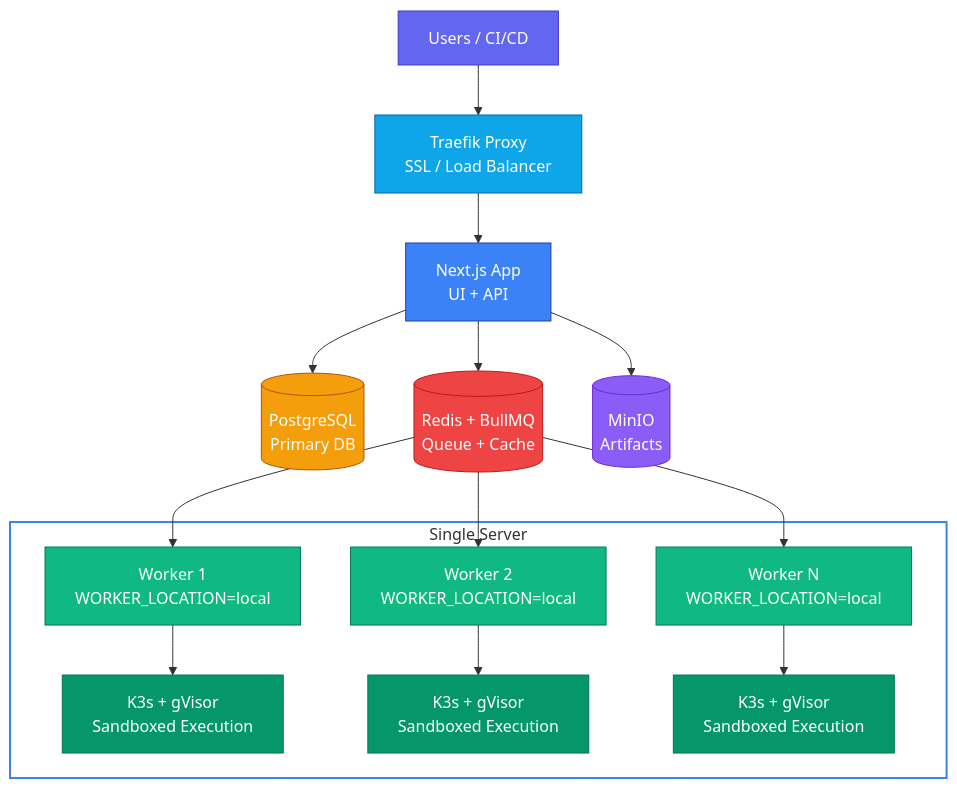
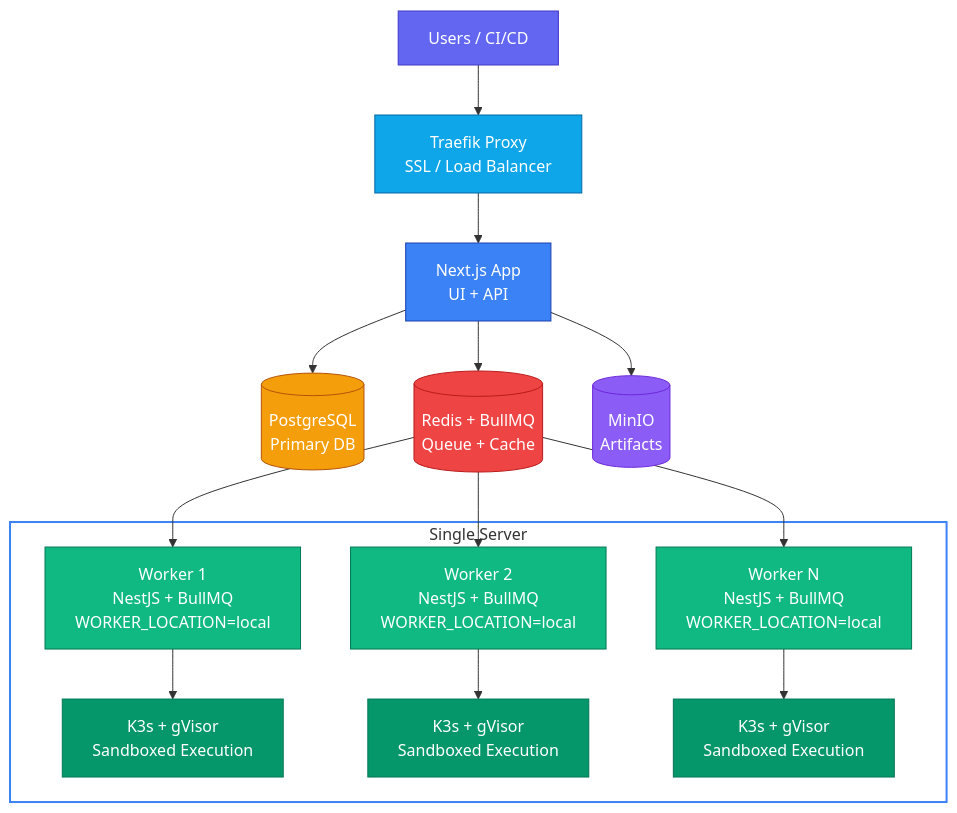
Before and after one commit to yawboateng/supercheck: the diagram in docs/content/docs/app/deployment/self-hosted.mdx, drawn with Mermaid. The commit also changed 2 other files, not shown here.

Commit message:
docs: update architecture diagrams to include NestJS and BullMQ for worker locations

````diff
--- a/docs/content/docs/app/deployment/self-hosted.mdx
+++ b/docs/content/docs/app/deployment/self-hosted.mdx
@@ -11,30 +11,30 @@
 ```mermaid
 flowchart TB
     Users[Users / CI/CD] --> T[Traefik Proxy<br/>SSL / Load Balancer]
     T --> App[Next.js App<br/>UI + API]
     App --> DB[(PostgreSQL<br/>Primary DB)] & Redis[(Redis + BullMQ<br/>Queue + Cache)] & S3[(MinIO<br/>Artifacts)]
 
     Redis --> W1
     Redis --> W2
     Redis --> WN
 
     subgraph SERVER["Single Server"]
-        W1[Worker 1<br/>WORKER_LOCATION=local] --> K3S_1[K3s + gVisor<br/>Sandboxed Execution]
-        W2[Worker 2<br/>WORKER_LOCATION=local] --> K3S_2[K3s + gVisor<br/>Sandboxed Execution]
-        WN[Worker N<br/>WORKER_LOCATION=local] --> K3S_N[K3s + gVisor<br/>Sandboxed Execution]
+        W1[Worker 1<br/>NestJS + BullMQ<br/>WORKER_LOCATION=local] --> K3S_1[K3s + gVisor<br/>Sandboxed Execution]
+        W2[Worker 2<br/>NestJS + BullMQ<br/>WORKER_LOCATION=local] --> K3S_2[K3s + gVisor<br/>Sandboxed Execution]
+        WN[Worker N<br/>NestJS + BullMQ<br/>WORKER_LOCATION=local] --> K3S_N[K3s + gVisor<br/>Sandboxed Execution]
     end
 
     style Users fill:#6366f1,stroke:#4338ca,color:#fff
     style T fill:#0ea5e9,stroke:#0369a1,color:#fff
     style App fill:#3b82f6,stroke:#1e40af,color:#fff
     style DB fill:#f59e0b,stroke:#b45309,color:#fff
     style Redis fill:#ef4444,stroke:#b91c1c,color:#fff
     style S3 fill:#8b5cf6,stroke:#6d28d9,color:#fff
     style W1 fill:#10b981,stroke:#047857,color:#fff
     style W2 fill:#10b981,stroke:#047857,color:#fff
     style WN fill:#10b981,stroke:#047857,color:#fff
     style K3S_1 fill:#059669,stroke:#047857,color:#fff
     style K3S_2 fill:#059669,stroke:#047857,color:#fff
     style K3S_N fill:#059669,stroke:#047857,color:#fff
     style SERVER fill:none,stroke:#3b82f6,stroke-width:2px
 ```
````
